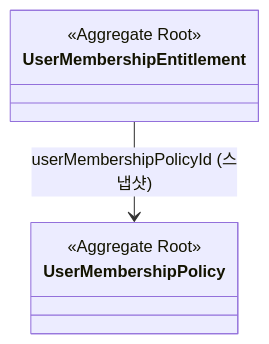
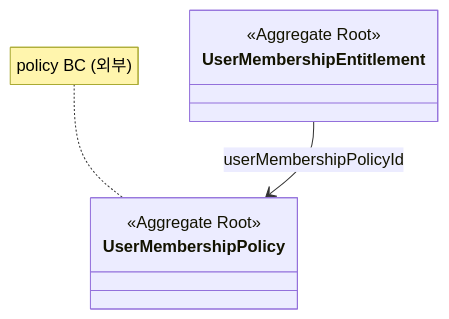
Before and after one commit to hirecore/hirecore-member-server: the diagram in docs/diagram/membership/domain-model.md, drawn with Mermaid. The commit also changed other lines of this file and 2 other files, not shown here.

Commit message:
docs: 도메인 모델 다이어그램을 실제 코드와 대조해 관계·스테레오타입 정정
- portfolio: 조회·관심 기록을 소유(컴포지션)에서 연관으로 정정 (이벤트로 별도 저장, FK로 연결)
- membership: policy BC 외부 참조 표시 및 부정확한 스냅샷 라벨 정정
- profile: sealed 인터페이스 스테레오타입 표기 정정

````diff
--- a/docs/diagram/membership/domain-model.md
+++ b/docs/diagram/membership/domain-model.md
@@ -7,10 +7,11 @@
 ```mermaid
 classDiagram
     class UserMembershipEntitlement {
         <<Aggregate Root>>
     }
     class UserMembershipPolicy {
         <<Aggregate Root>>
     }
-    UserMembershipEntitlement --> UserMembershipPolicy : userMembershipPolicyId (스냅샷)
+    note for UserMembershipPolicy "policy BC (외부)"
+    UserMembershipEntitlement --> UserMembershipPolicy : userMembershipPolicyId
 ```
````
